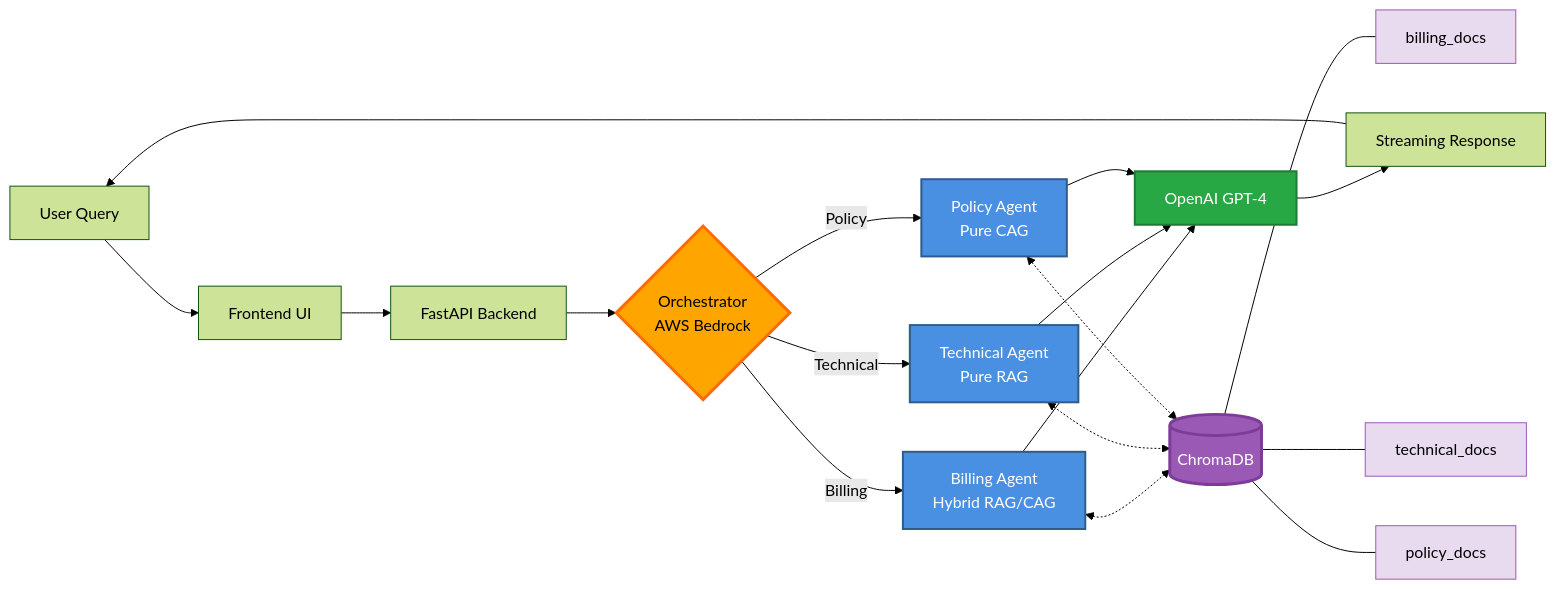
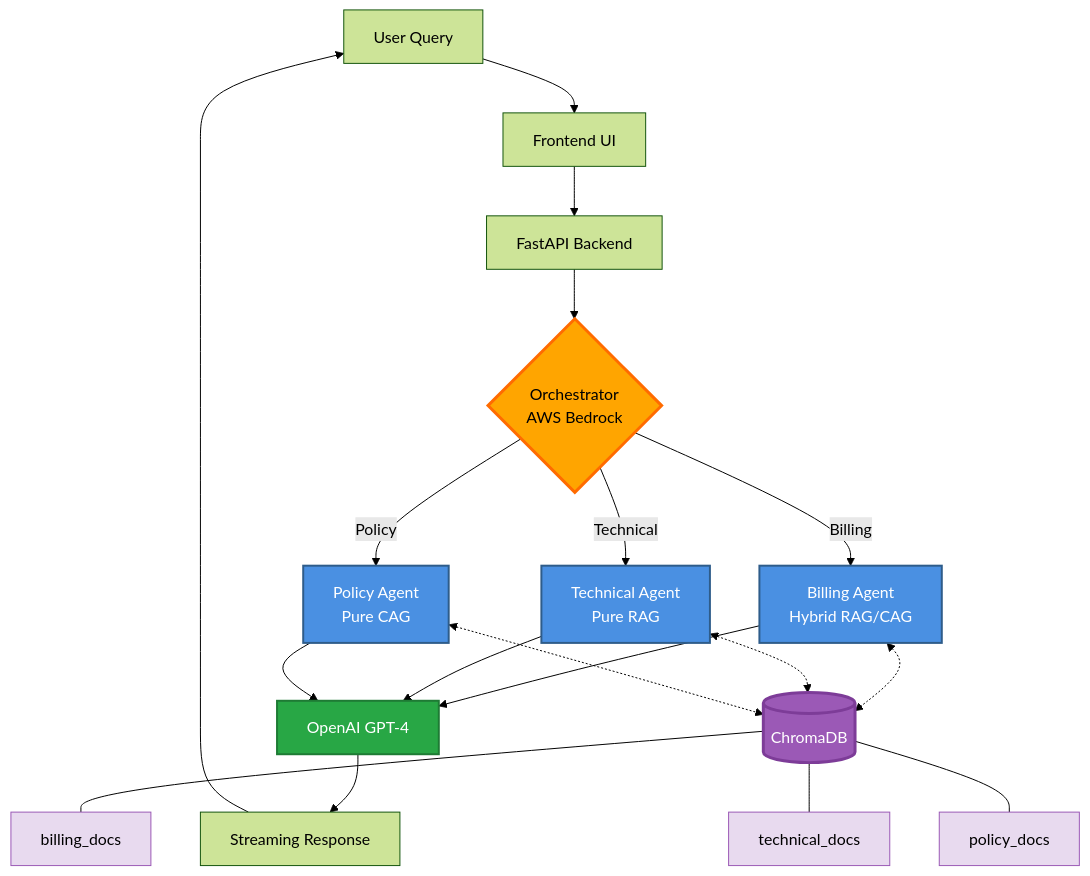
The diagram in README.md (fly2safa/multi-agent-customer-service), drawn with Mermaid (forest theme) before and after one commit.

Commit message:
docs: change diagram layout to top-bottom for better clarity
- Changed from LR (left-right) to TB (top-bottom) layout

- Prevents ChromaDB collection lines from overlapping with OpenAI node

- ChromaDB and collections now positioned at bottom of diagram

````diff
--- a/README.md
+++ b/README.md
@@ -18,32 +18,32 @@
 ```mermaid
-graph LR
+graph TB
     A[User Query] --> B[Frontend UI]
     B --> C[FastAPI Backend]
     C --> D{Orchestrator<br/>AWS Bedrock}
     D -->|Billing| E[Billing Agent<br/>Hybrid RAG/CAG]
     D -->|Technical| F[Technical Agent<br/>Pure RAG]
     D -->|Policy| G[Policy Agent<br/>Pure CAG]
     E --> H[OpenAI GPT-4]
     F --> H
     G --> H
     H --> I[Streaming Response]
     I --> A
     
     E <-.-> J[(ChromaDB)]
     F <-.-> J
     G <-.-> J
     
     J --- K[billing_docs]
     J --- L[technical_docs]
     J --- M[policy_docs]
     
     style D fill:#FFA500,stroke:#FF6B00,stroke-width:3px,color:#000
     style E fill:#4A90E2,stroke:#2E5C8A,stroke-width:2px,color:#FFF
     style F fill:#4A90E2,stroke:#2E5C8A,stroke-width:2px,color:#FFF
     style G fill:#4A90E2,stroke:#2E5C8A,stroke-width:2px,color:#FFF
     style H fill:#28A745,stroke:#1E7B34,stroke-width:2px,color:#FFF
     style J fill:#9B59B6,stroke:#7D3C98,stroke-width:3px,color:#FFF
     style K fill:#E8DAEF,stroke:#9B59B6,stroke-width:1px,color:#000
     style L fill:#E8DAEF,stroke:#9B59B6,stroke-width:1px,color:#000
     style M fill:#E8DAEF,stroke:#9B59B6,stroke-width:1px,color:#000
 ```
````
